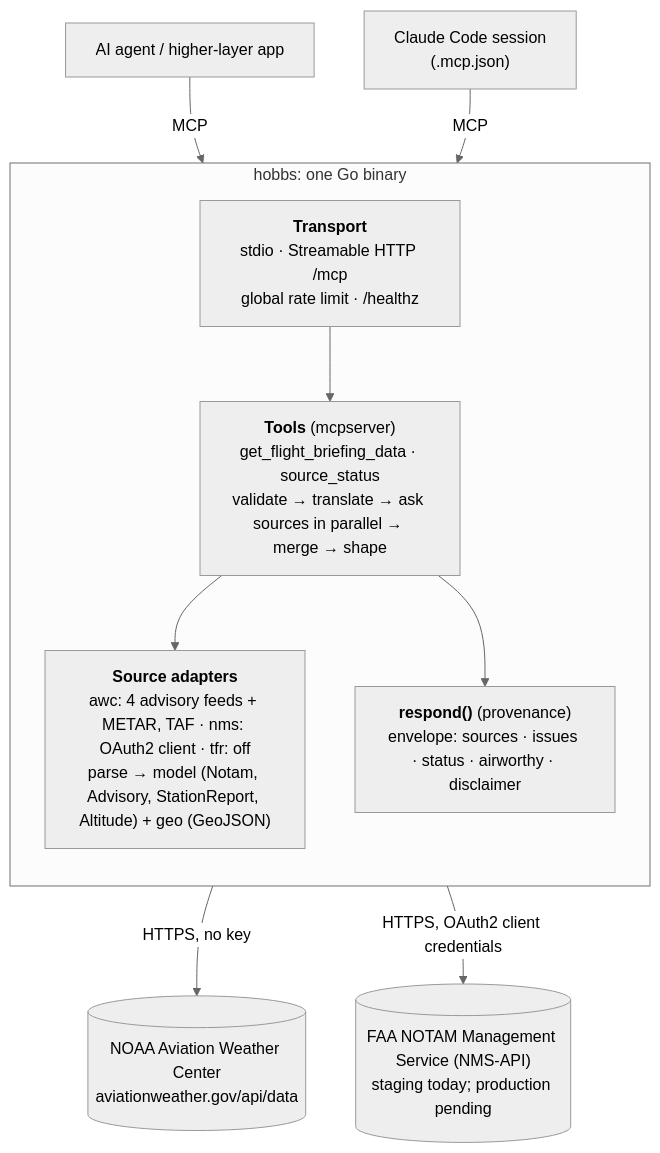
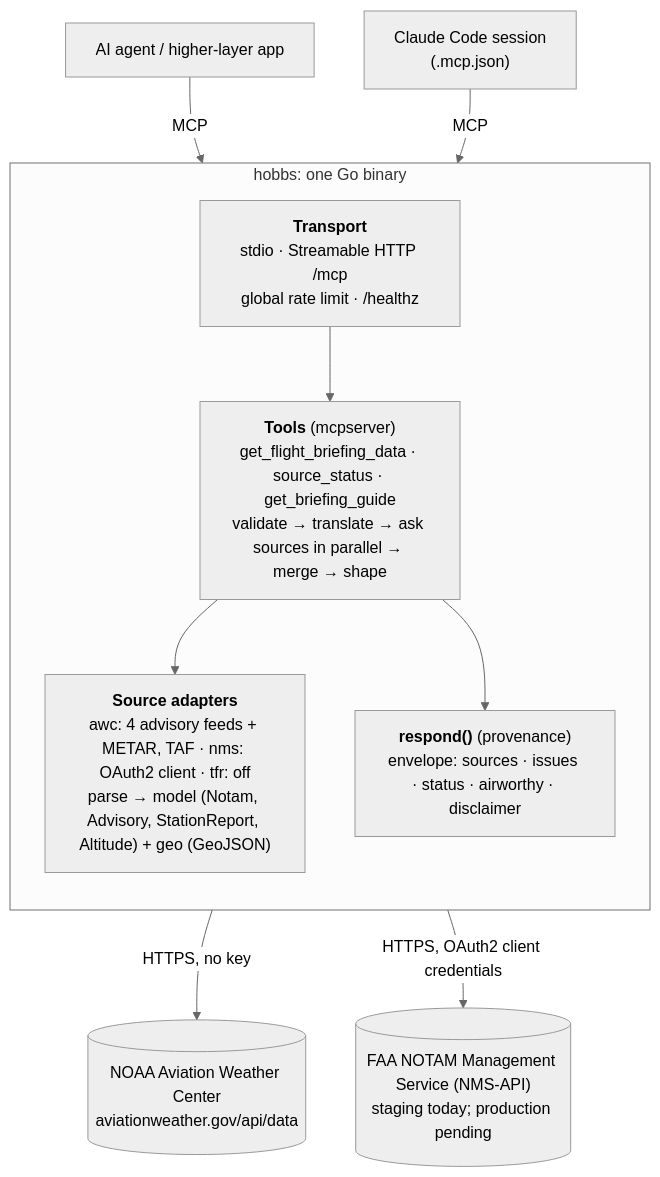
The first of 2 diagrams in docs/DESIGN.md (davidhinkes/hobbs), drawn with Mermaid (neutral theme) before and after one commit. The commit also changed other lines of this file and 4 other files, not shown here.

First line of the commit message:
Document get_briefing_guide and the method-advice line in the principles

````diff
--- a/docs/DESIGN.md
+++ b/docs/DESIGN.md
@@ -114,24 +118,24 @@
 ```mermaid
 flowchart TB
   agent["AI agent / higher-layer app"]
   cc["Claude Code session<br/>(.mcp.json)"]
 
   subgraph hobbs["hobbs: one Go binary"]
     direction TB
     transport["<b>Transport</b><br/>stdio · Streamable HTTP /mcp<br/>global rate limit · /healthz"]
-    tools["<b>Tools</b> (mcpserver)<br/>get_flight_briefing_data · source_status<br/>validate → translate → ask sources in parallel → merge → shape"]
+    tools["<b>Tools</b> (mcpserver)<br/>get_flight_briefing_data · source_status · get_briefing_guide<br/>validate → translate → ask sources in parallel → merge → shape"]
     env["<b>respond()</b> (provenance)<br/>envelope: sources · issues · status · airworthy · disclaimer"]
     adapters["<b>Source adapters</b><br/>awc: 4 advisory feeds + METAR, TAF · nms: OAuth2 client · tfr: off<br/>parse → model (Notam, Advisory, StationReport, Altitude) + geo (GeoJSON)"]
     transport --> tools
     tools --> adapters
     tools --> env
   end
 
   awc[("NOAA Aviation Weather Center<br/>aviationweather.gov/api/data")]
   nms[("FAA NOTAM Management Service (NMS-API)<br/>staging today; production pending")]
 
   agent -- "MCP" --> transport
   cc -- "MCP" --> transport
   adapters -- "HTTPS, no key" --> awc
   adapters -- "HTTPS, OAuth2 client credentials" --> nms
 ```
````
